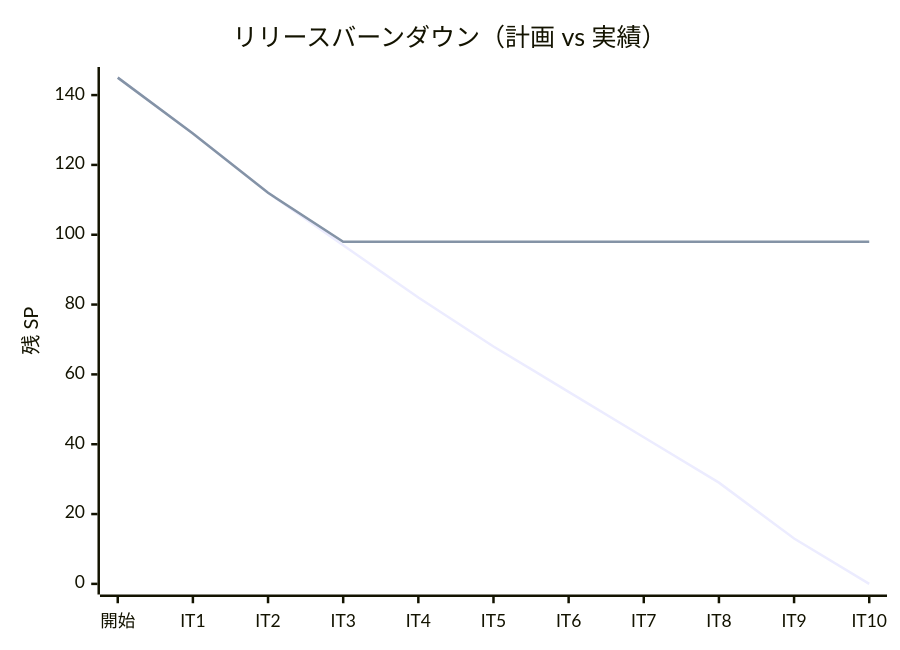
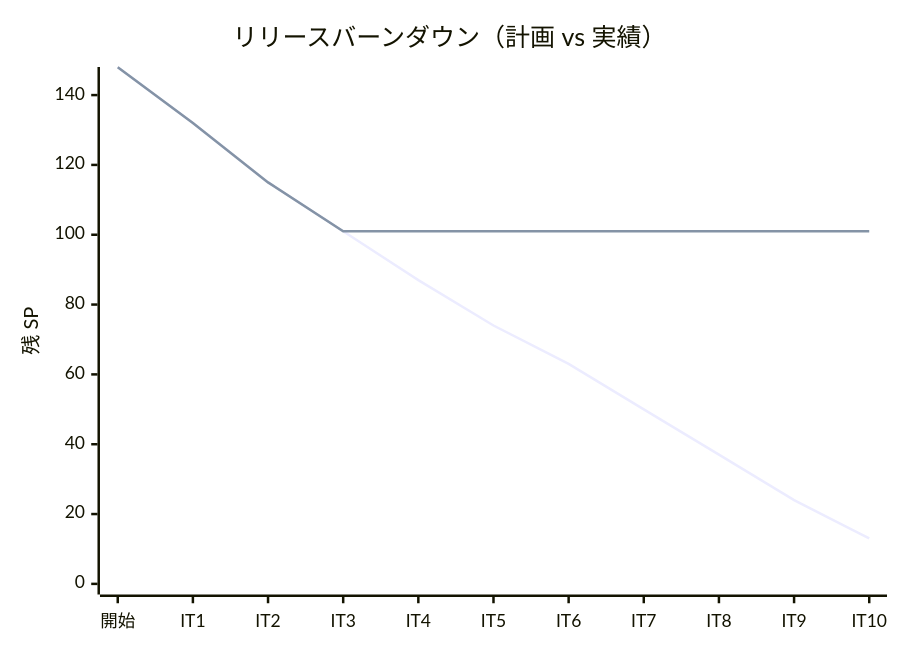
One commit to k2works/case-study-cargo-tracker changed the third of 3 diagrams in docs/development/release_plan.md. Above: the diagram before and after it, drawn with Mermaid. The commit also changed other lines of this file and 3 other files, not shown here.

````diff
--- a/docs/development/release_plan.md
+++ b/docs/development/release_plan.md
@@ -471,8 +496,8 @@
 ```mermaid
 xychart-beta
     title "リリースバーンダウン（計画 vs 実績）"
     x-axis ["開始", "IT1", "IT2", "IT3", "IT4", "IT5", "IT6", "IT7", "IT8", "IT9", "IT10"]
     y-axis "残 SP" 0 --> 145
-    line "計画" [145, 129, 112, 97, 82, 68, 55, 42, 29, 13, 0]
-    line "実績" [145, 129, 112, 98, 98, 98, 98, 98, 98, 98, 98]
+    line "計画" [148, 132, 115, 101, 87, 74, 63, 50, 37, 24, 13]
+    line "実績" [148, 132, 115, 101, 101, 101, 101, 101, 101, 101, 101]
 ```
````
